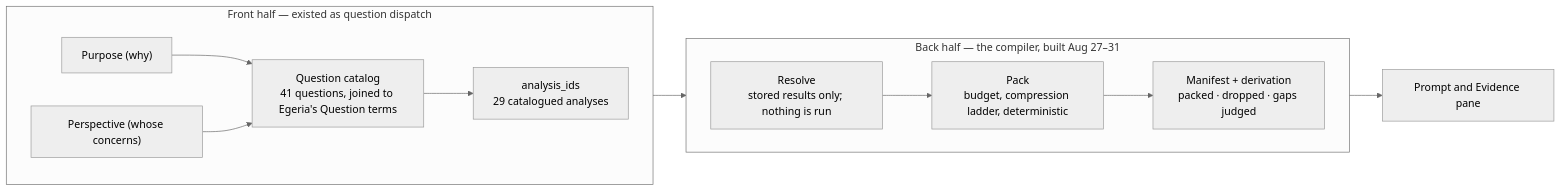
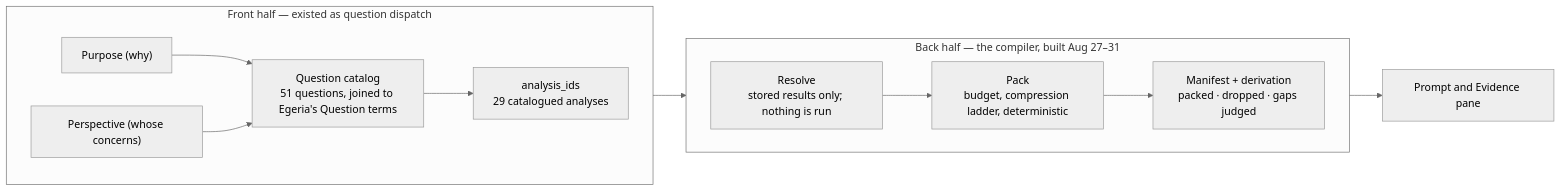
Before and after one commit to dwolfson/trellis: the first of 8 diagrams in docs/context-compilation-brief.md, drawn with Mermaid (neutral theme). The commit also changed other lines of this file, not shown here.

Commit message:
Docs: context-compilation brief — add kinds and sources of context, the Egeria relationship, and static-versus-dynamic context; question count is 51 now

````diff
--- a/docs/context-compilation-brief.md
+++ b/docs/context-compilation-brief.md
@@ -31,15 +31,15 @@
 ```mermaid
 flowchart LR
   subgraph FRONT["Front half — existed as question dispatch"]
     direction LR
-    P["Purpose (why)"] --> Q["Question catalog<br/>41 questions, joined to Egeria's Question terms"]
+    P["Purpose (why)"] --> Q["Question catalog<br/>51 questions, joined to Egeria's Question terms"]
     S["Perspective (whose concerns)"] --> Q
     Q --> A["analysis_ids<br/>29 catalogued analyses"]
   end
   subgraph BACK["Back half — the compiler, built Aug 27–31"]
     direction LR
     R["Resolve<br/>stored results only; nothing is run"] --> K["Pack<br/>budget, compression ladder, deterministic"] --> M["Manifest + derivation<br/>packed · dropped · gaps judged"]
   end
   A --> R
   M --> OUT["Prompt and Evidence pane"]
 ```
````
